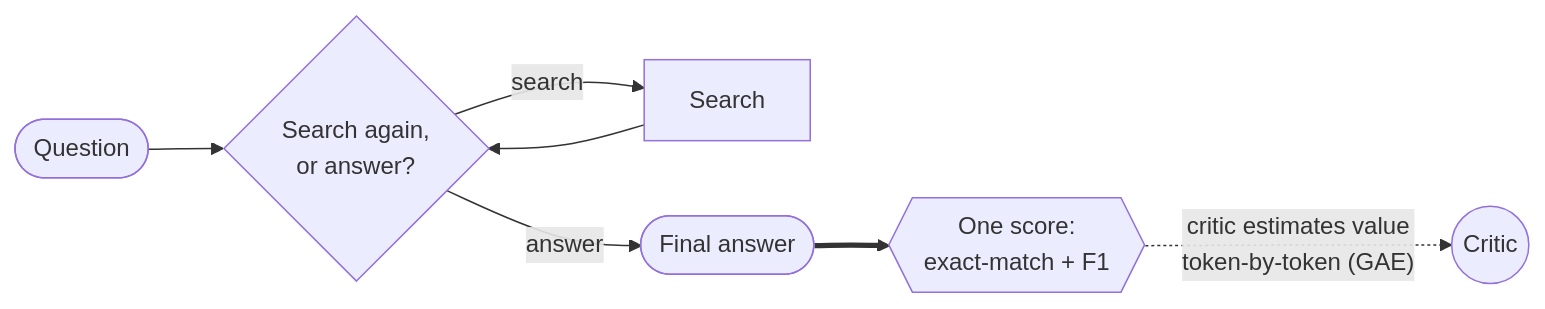
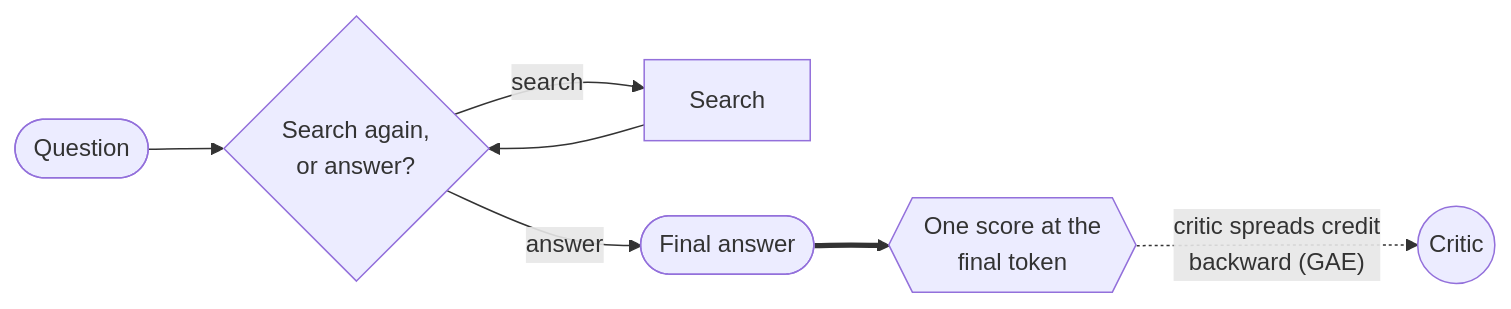
One commit to redswimmer/turn-level-rewards changed the fourth of 6 diagrams in README.md. Above: the diagram before and after it, drawn with Mermaid. The commit also changed other lines of this file and 5 other files, not shown here.

````diff
--- a/README.md
+++ b/README.md
@@ -110,9 +106,9 @@
 ```mermaid
 flowchart LR
     Q3(["Question"]) --> D3{"Search again,<br/>or answer?"}
     D3 -- search --> S3["Search"]
     S3 --> D3
     D3 -- answer --> A3(["Final answer"])
-    A3 ==> R3{{"One score:<br/>exact-match + F1"}}
-    R3 -.->|"critic estimates value<br/>token-by-token (GAE)"| C3(("Critic"))
+    A3 ==> R3{{"One score at the<br/>final token"}}
+    R3 -.->|"critic spreads credit<br/>backward (GAE)"| C3(("Critic"))
 ```
````
